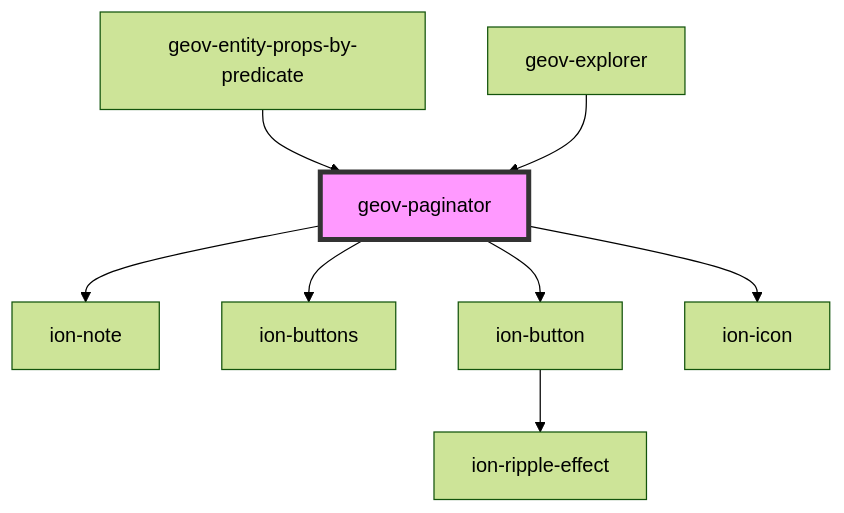
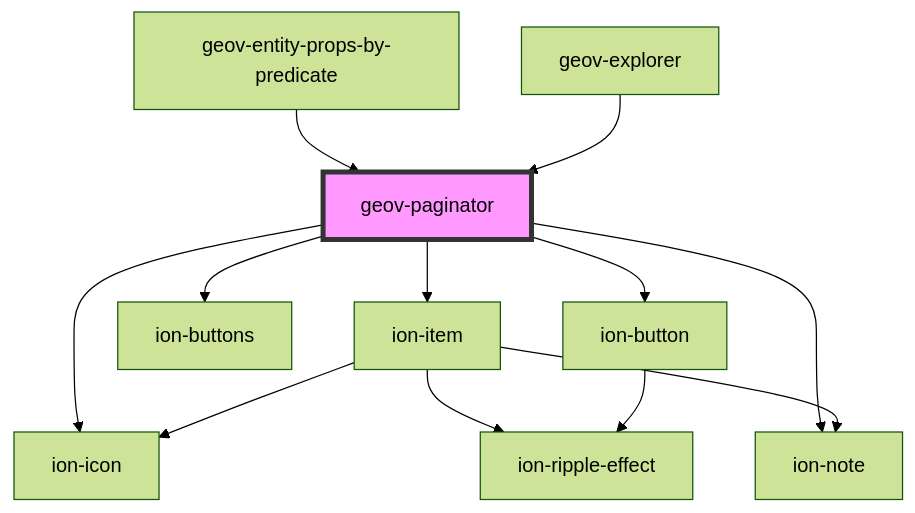
Before and after one commit to geovistory/design-system: the diagram in packages/design-system-web/src/components/geov-paginator/readme.md, drawn with Mermaid (forest theme). The commit also changed other lines of this file and 21 other files, not shown here.

````diff
--- a/packages/design-system-web/src/components/geov-paginator/readme.md
+++ b/packages/design-system-web/src/components/geov-paginator/readme.md
@@ -41,11 +43,15 @@
 ```mermaid
 graph TD;
+  geov-paginator --> ion-item
   geov-paginator --> ion-note
   geov-paginator --> ion-buttons
   geov-paginator --> ion-button
   geov-paginator --> ion-icon
+  ion-item --> ion-icon
+  ion-item --> ion-ripple-effect
+  ion-item --> ion-note
   ion-button --> ion-ripple-effect
   geov-entity-props-by-predicate --> geov-paginator
   geov-explorer --> geov-paginator
   style geov-paginator fill:#f9f,stroke:#333,stroke-width:4px
 ```
````
